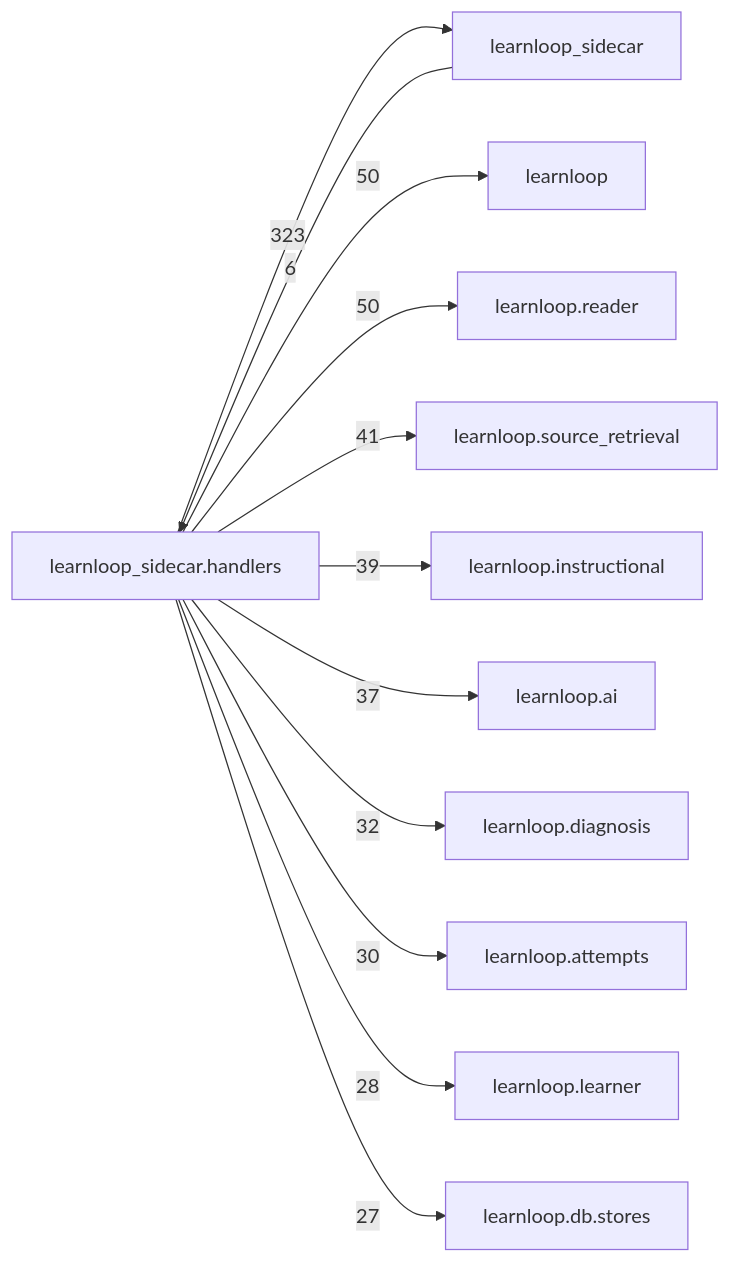
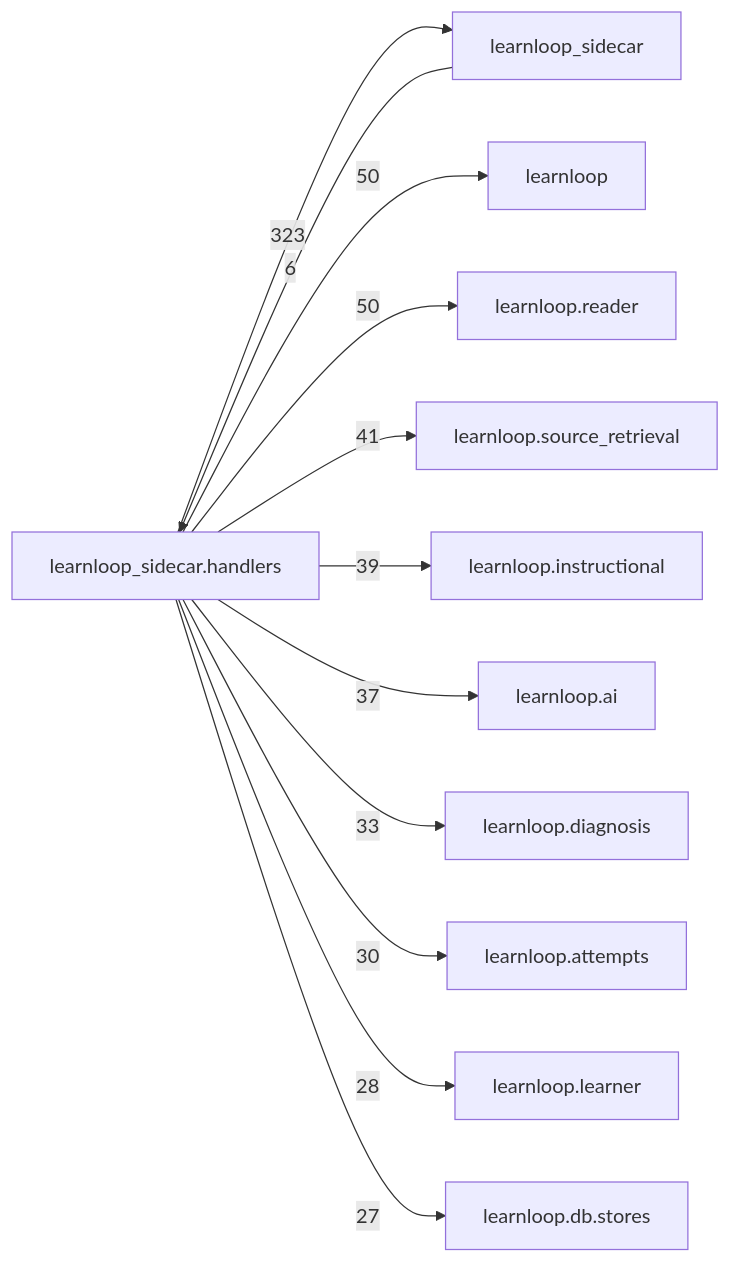
The diagram in docs/learnloop-architecture-vault/Reference/Modules/learnloop_sidecar/handlers/_package.md (6up-b/learnanything), drawn with Mermaid before and after one commit. The commit also changed other lines of this file and 112 other files, not shown here.

````diff
--- a/docs/learnloop-architecture-vault/Reference/Modules/learnloop_sidecar/handlers/_package.md
+++ b/docs/learnloop-architecture-vault/Reference/Modules/learnloop_sidecar/handlers/_package.md
@@ -260,25 +260,25 @@
 ```mermaid
 flowchart LR
     center["learnloop_sidecar.handlers"]
     n_learnloop_sidecar["learnloop_sidecar"]
     n_learnloop["learnloop"]
     n_learnloop_reader["learnloop.reader"]
     n_learnloop_source_retrieval["learnloop.source_retrieval"]
     n_learnloop_instructional["learnloop.instructional"]
     n_learnloop_ai["learnloop.ai"]
     n_learnloop_diagnosis["learnloop.diagnosis"]
     n_learnloop_attempts["learnloop.attempts"]
     n_learnloop_learner["learnloop.learner"]
     n_learnloop_db_stores["learnloop.db.stores"]
     n_learnloop_sidecar -->|6| center
     center -->|323| n_learnloop_sidecar
     center -->|50| n_learnloop
     center -->|50| n_learnloop_reader
     center -->|41| n_learnloop_source_retrieval
     center -->|39| n_learnloop_instructional
     center -->|37| n_learnloop_ai
-    center -->|32| n_learnloop_diagnosis
+    center -->|33| n_learnloop_diagnosis
     center -->|30| n_learnloop_attempts
     center -->|28| n_learnloop_learner
     center -->|27| n_learnloop_db_stores
 ```
````
